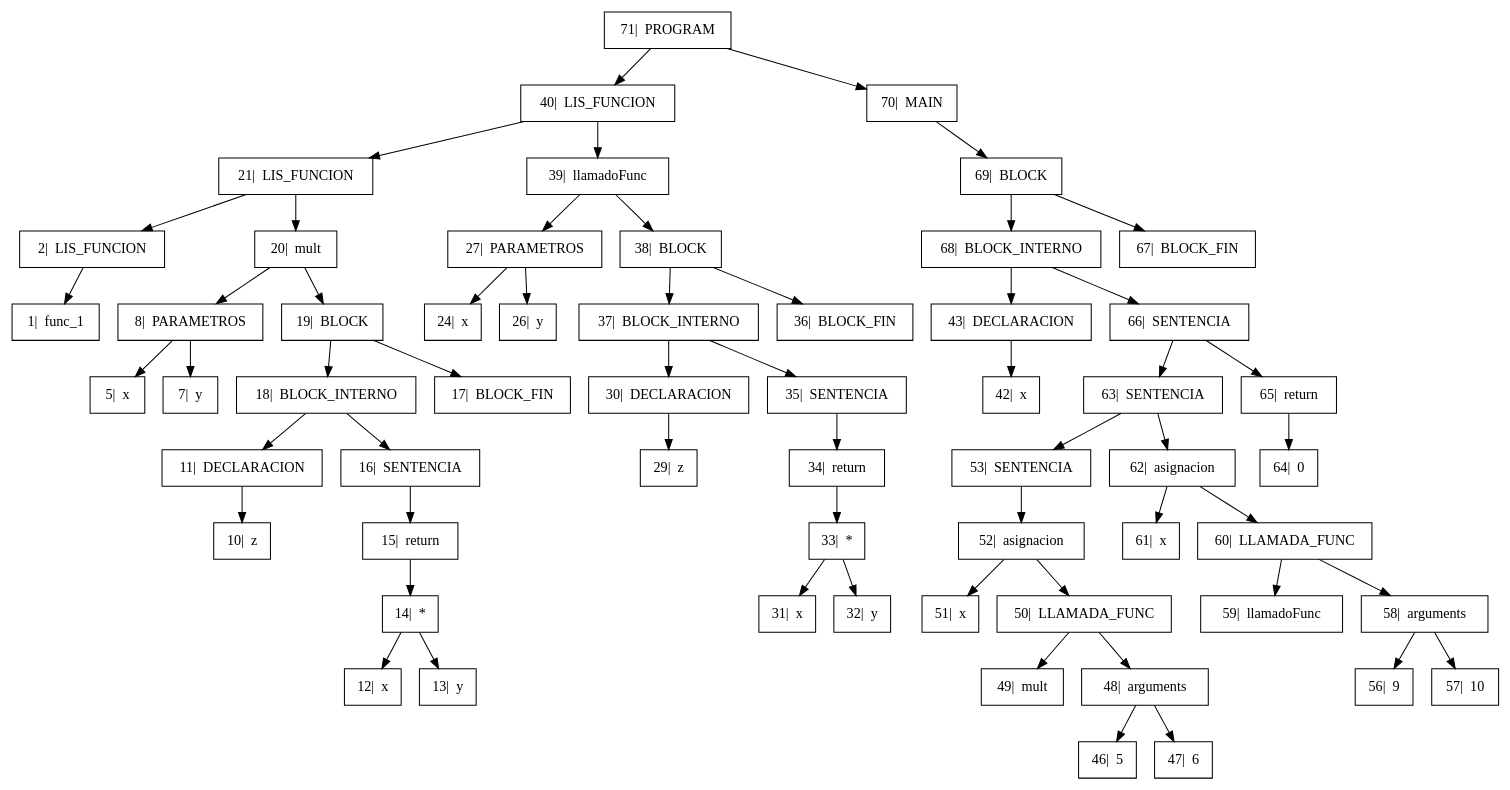
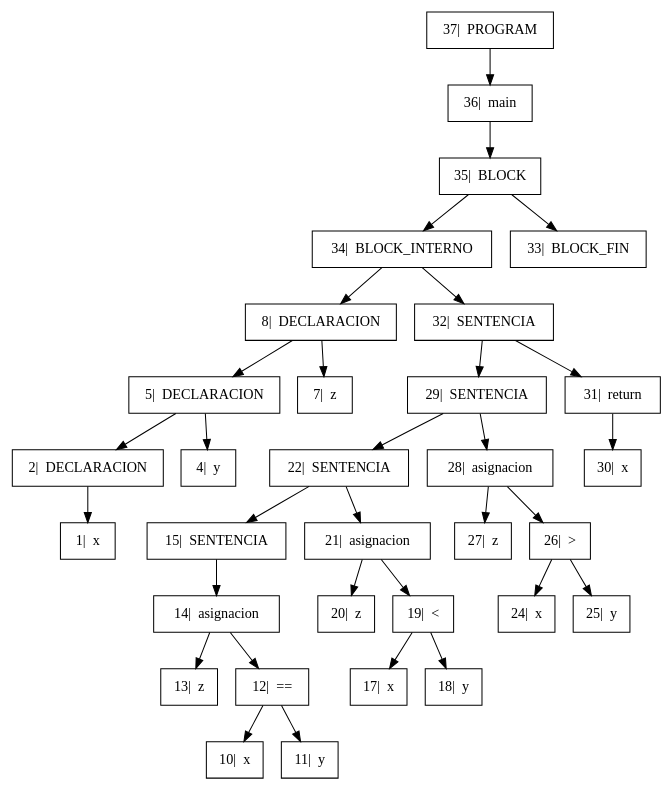
Before and after one commit to GiovA07/PRE-PROYECTO-COMPILADORES: the diagram in Proyecto/output/Arbol.dot, drawn with Graphviz. The commit also changed 11 other files, not shown here.

```diff
--- a/Proyecto/output/Arbol.dot
+++ b/Proyecto/output/Arbol.dot
@@ -1,40 +1,24 @@
 digraph{
 
 rankdir=TB;
 
 node[shape=box];
-"71|  PROGRAM" -> "40|  LIS_FUNCION", "70|  MAIN";
-"40|  LIS_FUNCION" -> "21|  LIS_FUNCION", "39|  llamadoFunc";
-"21|  LIS_FUNCION" -> "2|  LIS_FUNCION", "20|  mult";
-"2|  LIS_FUNCION" -> "1|  func_1" ;
-"20|  mult" -> "8|  PARAMETROS", "19|  BLOCK";
-"8|  PARAMETROS" -> "5|  x", "7|  y";
-"19|  BLOCK" -> "18|  BLOCK_INTERNO", "17|  BLOCK_FIN";
-"18|  BLOCK_INTERNO" -> "11|  DECLARACION", "16|  SENTENCIA";
-"11|  DECLARACION" -> "10|  z" ;
-"16|  SENTENCIA" -> "15|  return" ;
-"15|  return" -> "14|  *" ;
-"14|  *" -> "12|  x", "13|  y";
-"39|  llamadoFunc" -> "27|  PARAMETROS", "38|  BLOCK";
-"27|  PARAMETROS" -> "24|  x", "26|  y";
-"38|  BLOCK" -> "37|  BLOCK_INTERNO", "36|  BLOCK_FIN";
-"37|  BLOCK_INTERNO" -> "30|  DECLARACION", "35|  SENTENCIA";
-"30|  DECLARACION" -> "29|  z" ;
-"35|  SENTENCIA" -> "34|  return" ;
-"34|  return" -> "33|  *" ;
-"33|  *" -> "31|  x", "32|  y";
-"70|  MAIN" -> "69|  BLOCK" ;
-"69|  BLOCK" -> "68|  BLOCK_INTERNO", "67|  BLOCK_FIN";
-"68|  BLOCK_INTERNO" -> "43|  DECLARACION", "66|  SENTENCIA";
-"43|  DECLARACION" -> "42|  x" ;
-"66|  SENTENCIA" -> "63|  SENTENCIA", "65|  return";
-"63|  SENTENCIA" -> "53|  SENTENCIA", "62|  asignacion";
-"53|  SENTENCIA" -> "52|  asignacion" ;
-"52|  asignacion" -> "51|  x", "50|  LLAMADA_FUNC";
-"50|  LLAMADA_FUNC" -> "49|  mult", "48|  arguments";
-"48|  arguments" -> "46|  5", "47|  6";
-"62|  asignacion" -> "61|  x", "60|  LLAMADA_FUNC";
-"60|  LLAMADA_FUNC" -> "59|  llamadoFunc", "58|  arguments";
-"58|  arguments" -> "56|  9", "57|  10";
-"65|  return" -> "64|  0" ;
+"37|  PROGRAM" -> "36|  main" ;
+"36|  main" -> "35|  BLOCK" ;
+"35|  BLOCK" -> "34|  BLOCK_INTERNO", "33|  BLOCK_FIN";
+"34|  BLOCK_INTERNO" -> "8|  DECLARACION", "32|  SENTENCIA";
+"8|  DECLARACION" -> "5|  DECLARACION", "7|  z";
+"5|  DECLARACION" -> "2|  DECLARACION", "4|  y";
+"2|  DECLARACION" -> "1|  x" ;
+"32|  SENTENCIA" -> "29|  SENTENCIA", "31|  return";
+"29|  SENTENCIA" -> "22|  SENTENCIA", "28|  asignacion";
+"22|  SENTENCIA" -> "15|  SENTENCIA", "21|  asignacion";
+"15|  SENTENCIA" -> "14|  asignacion" ;
+"14|  asignacion" -> "13|  z", "12|  ==";
+"12|  ==" -> "10|  x", "11|  y";
+"21|  asignacion" -> "20|  z", "19|  <";
+"19|  <" -> "17|  x", "18|  y";
+"28|  asignacion" -> "27|  z", "26|  >";
+"26|  >" -> "24|  x", "25|  y";
+"31|  return" -> "30|  x" ;
 }
```
